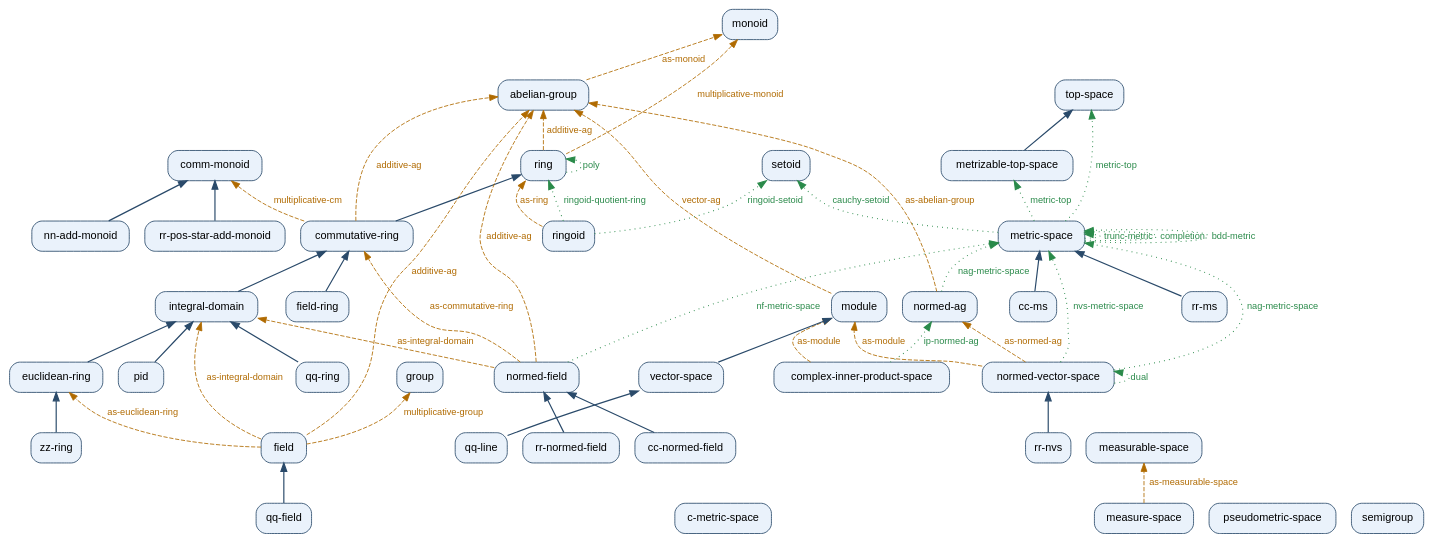
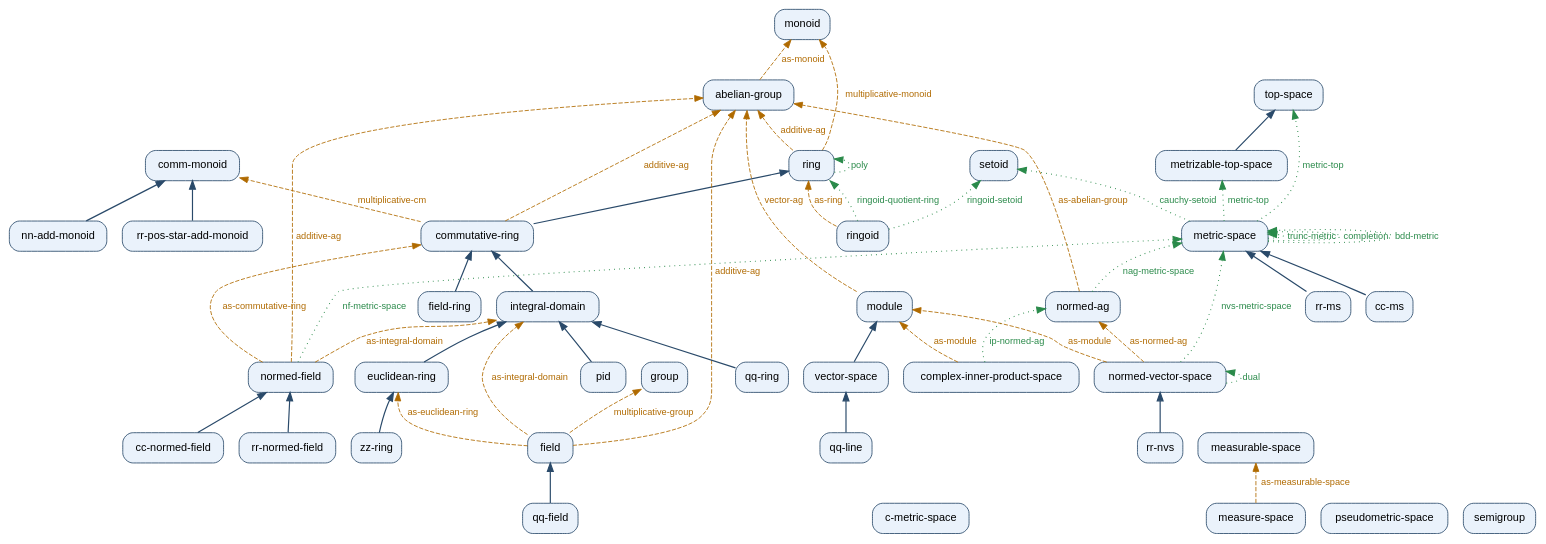
One commit to JavierThayer/VNB changed the diagram in reference/structure-graph.dot. Above: the diagram before and after it, drawn with Graphviz. The commit also changed 1520 other files, not shown here.

```diff
--- a/reference/structure-graph.dot
+++ b/reference/structure-graph.dot
@@ -56,8 +56,8 @@
   "pid" -> "integral-domain" [color="#2a4a6a", penwidth=1.4, tooltip="pid refines integral-domain"];
   "field-ring" -> "commutative-ring" [color="#2a4a6a", penwidth=1.4, tooltip="field-ring refines commutative-ring"];
   "integral-domain" -> "commutative-ring" [color="#2a4a6a", penwidth=1.4, tooltip="integral-domain refines commutative-ring"];
+  "rr-normed-field" -> "normed-field" [color="#2a4a6a", penwidth=1.4, tooltip="rr-normed-field refines normed-field"];
   "qq-line" -> "vector-space" [color="#2a4a6a", penwidth=1.4, tooltip="qq-line refines vector-space"];
-  "rr-normed-field" -> "normed-field" [color="#2a4a6a", penwidth=1.4, tooltip="rr-normed-field refines normed-field"];
   "qq-field" -> "field" [color="#2a4a6a", penwidth=1.4, tooltip="qq-field refines field"];
   "euclidean-ring" -> "integral-domain" [color="#2a4a6a", penwidth=1.4, tooltip="euclidean-ring refines integral-domain"];
   "metrizable-top-space" -> "top-space" [color="#2a4a6a", penwidth=1.4, tooltip="metrizable-top-space refines top-space"];
@@ -76,8 +76,8 @@
   "field" -> "integral-domain" [style=dashed, color="#b06a00", fontcolor="#b06a00", label="as-integral-domain", tooltip="field-as-integral-domain :  field -> integral-domain    (carr add mul neg zero one) |-> (carr add mul neg zero one)", URL="structure-graph.html#views"];
   "module" -> "abelian-group" [style=dashed, color="#b06a00", fontcolor="#b06a00", label="vector-ag", tooltip="module-vector-ag :  module -> abelian-group    (vec vadd vzero vneg) |-> (carr opr iden inv)", URL="structure-graph.html#views"];
   "field" -> "group" [style=dashed, color="#b06a00", fontcolor="#b06a00", label="multiplicative-group", tooltip="field-multiplicative-group :  field -> group    (non-zero mul one mul-inv) |-> (carr opr iden inv)", URL="structure-graph.html#views"];
+  "normed-vector-space" -> "module" [style=dashed, color="#b06a00", fontcolor="#b06a00", label="as-module", tooltip="normed-vector-space-as-module :  normed-vector-space -> module    (scal vec vadd vzero vneg act) |-> (scal vec vadd vzero vneg act)", URL="structure-graph.html#views"];
   "measure-space" -> "measurable-space" [style=dashed, color="#b06a00", fontcolor="#b06a00", label="as-measurable-space", tooltip="measure-space-as-measurable-space :  measure-space -> measurable-space    (pts sigma) |-> (pts sigma)", URL="structure-graph.html#views"];
-  "normed-vector-space" -> "module" [style=dashed, color="#b06a00", fontcolor="#b06a00", label="as-module", tooltip="normed-vector-space-as-module :  normed-vector-space -> module    (scal vec vadd vzero vneg act) |-> (scal vec vadd vzero vneg act)", URL="structure-graph.html#views"];
   "normed-field" -> "integral-domain" [style=dashed, color="#b06a00", fontcolor="#b06a00", label="as-integral-domain", tooltip="normed-field-as-integral-domain :  normed-field -> integral-domain    (carr add mul neg zero one) |-> (carr add mul neg zero one)", URL="structure-graph.html#views"];
   "ring" -> "monoid" [style=dashed, color="#b06a00", fontcolor="#b06a00", label="multiplicative-monoid", tooltip="ring-multiplicative-monoid :  ring -> monoid    (carr mul one) |-> (carr opr iden)", URL="structure-graph.html#views"];
   "field" -> "abelian-group" [style=dashed, color="#b06a00", fontcolor="#b06a00", label="additive-ag", tooltip="field-additive-ag :  field -> abelian-group    (carr add zero neg) |-> (carr opr iden inv)", URL="structure-graph.html#views"];
@@ -99,5 +99,4 @@
   "metric-space" -> "metric-space" [style=dotted, color="#2a8a4a", fontcolor="#2a8a4a", penwidth=1.3, label="bdd-metric", tooltip="bdd-metric :  metric-space -> metric-space    (constructor functoid)", URL="structure-graph.html#metric-space"];
   "normed-ag" -> "metric-space" [style=dotted, color="#2a8a4a", fontcolor="#2a8a4a", penwidth=1.3, label="nag-metric-space", tooltip="nag-metric-space :  normed-ag -> metric-space    (constructor functoid)", URL="structure-graph.html#metric-space"];
   "normed-field" -> "metric-space" [style=dotted, color="#2a8a4a", fontcolor="#2a8a4a", penwidth=1.3, label="nf-metric-space", tooltip="nf-metric-space :  normed-field -> metric-space    (constructor functoid)", URL="structure-graph.html#metric-space"];
-  "normed-vector-space" -> "metric-space" [style=dotted, color="#2a8a4a", fontcolor="#2a8a4a", penwidth=1.3, label="nag-metric-space", tooltip="nag-metric-space :  normed-vector-space -> metric-space    (constructor functoid)", URL="structure-graph.html#metric-space"];
 }
```
